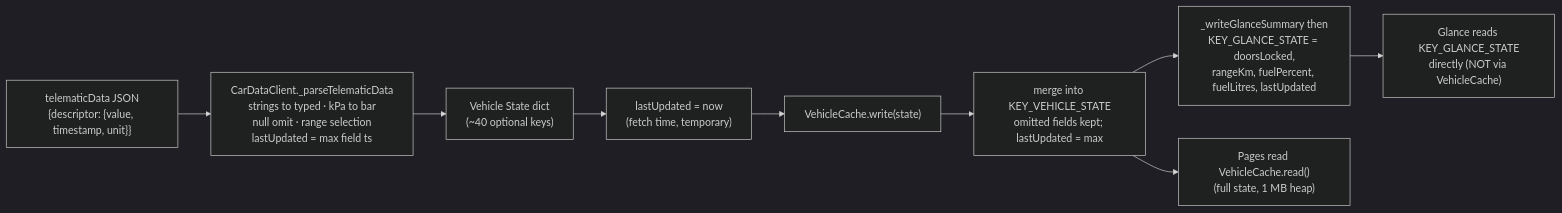
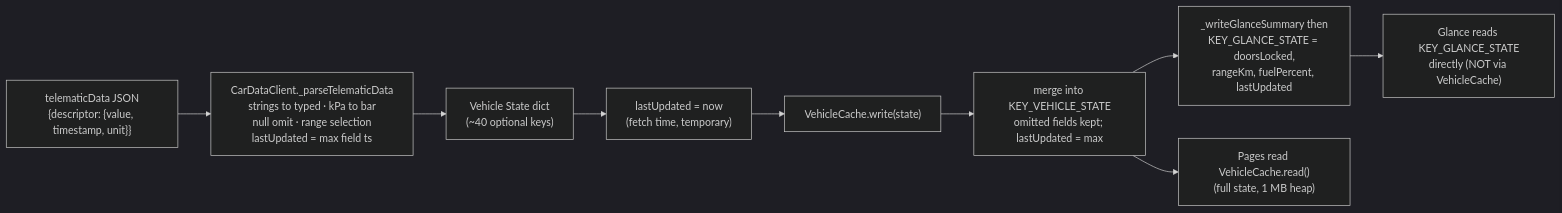
One commit to viper-sl/grm_bmw_widget changed the diagram in docs/diagrams/07-data-flow.mmd. Above: the diagram before and after it, drawn with Mermaid (dark theme). The commit also changed 8 other files, not shown here.

First line of the commit message:
fix(fuel): derive litres from fuel % so glance and page agree (B12)

```diff
--- a/docs/diagrams/07-data-flow.mmd
+++ b/docs/diagrams/07-data-flow.mmd
@@ -1,10 +1,10 @@
 flowchart LR
     RESP["telematicData JSON<br/>{descriptor: {value, timestamp, unit}}"]
     RESP --> PARSE["CarDataClient._parseTelematicData<br/>strings to typed · kPa to bar<br/>null omit · range selection<br/>lastUpdated = max field ts"]
     PARSE --> STATE["Vehicle State dict<br/>(~40 optional keys)"]
     STATE --> STAMP["lastUpdated = now<br/>(fetch time, temporary)"]
     STAMP --> WRITE["VehicleCache.write(state)"]
     WRITE --> MERGE["merge into KEY_VEHICLE_STATE<br/>omitted fields kept; lastUpdated = max"]
-    MERGE --> PROJ["_writeGlanceSummary then<br/>KEY_GLANCE_STATE = doorsLocked,<br/>rangeKm, fuelPercent, fuelLitres, lastUpdated"]
+    MERGE --> PROJ["_writeGlanceSummary then<br/>KEY_GLANCE_STATE = doorsLocked,<br/>rangeKm, fuelPercent, lastUpdated"]
     MERGE --> PAGESr["Pages read VehicleCache.read()<br/>(full state, 1 MB heap)"]
     PROJ --> GLANCEr["Glance reads KEY_GLANCE_STATE<br/>directly (NOT via VehicleCache)"]
```
